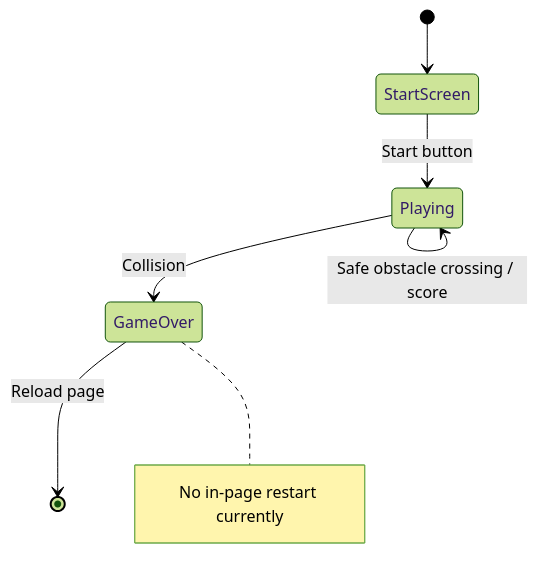
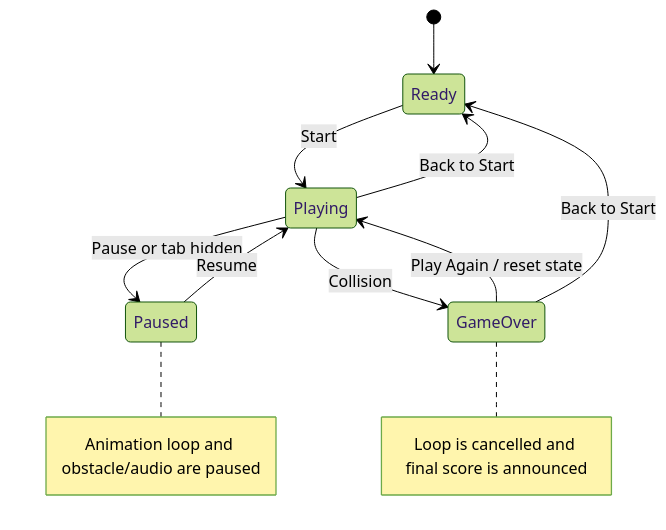
The diagram in docs/diagrams/game-state.mmd (Brajesh31/Chota-Bheem-Adventure-game), drawn with Mermaid (forest theme) before and after one commit.

Commit message:
docs: refresh docs/diagrams/game-state.mmd

```diff
--- a/docs/diagrams/game-state.mmd
+++ b/docs/diagrams/game-state.mmd
@@ -1,7 +1,11 @@
 stateDiagram-v2
-  [*] --> StartScreen
-  StartScreen --> Playing: Start button
-  Playing --> Playing: Safe obstacle crossing / score
+  [*] --> Ready
+  Ready --> Playing: Start
+  Playing --> Paused: Pause or tab hidden
+  Paused --> Playing: Resume
   Playing --> GameOver: Collision
-  GameOver --> [*]: Reload page
-  note right of GameOver: No in-page restart currently
+  GameOver --> Playing: Play Again / reset state
+  GameOver --> Ready: Back to Start
+  Playing --> Ready: Back to Start
+  note right of Paused: Animation loop and obstacle/audio are paused
+  note right of GameOver: Loop is cancelled and final score is announced
```
